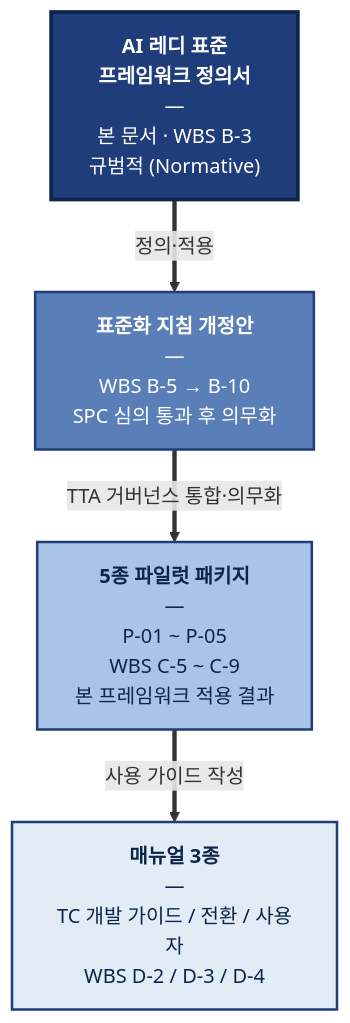
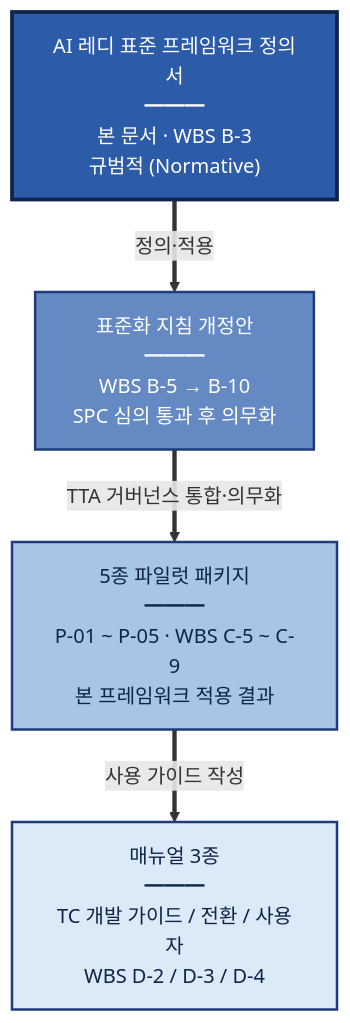
The diagram in docs/framework/index.md (ai-ready-standards/tta-ai-ready), drawn with Mermaid before and after one commit.

Commit message:
fix(framework): 1.3 다이어그램 첫 박스 글씨 가독성 수정
[증상] 진남색 박스(#1F3D7A) 안의 텍스트가 거의 안 보임.

[원인]
- Mermaid 노드 안의 <b> 태그가 classDef의 color 속성을 덮어씀
- 진남색이 너무 어두워 default 텍스트 색상 대비 부족

[수정]
- <b> 태그 제거 (각 노드의 첫 줄이 자연스럽게 제목 역할)
- classDef → style 직접 선언 (명시도 우선)
- 진남색 #1F3D7A → #2C5BA8 (조금 더 밝게, 흰 글씨와 충분한 대비)
- 두 번째 박스 #5A7FB8 → #6589C2 (단계적 점진 유지)
- 가독성을 위해 구분선 — → ━━━ 변경

````diff
--- a/docs/framework/index.md
+++ b/docs/framework/index.md
@@ -43,21 +43,16 @@
 ```mermaid
 flowchart TB
-    A["<b>AI 레디 표준<br/>프레임워크 정의서</b><br/>—<br/>본 문서 · WBS B-3<br/>규범적 (Normative)"]
-    B["<b>표준화 지침 개정안</b><br/>—<br/>WBS B-5 → B-10<br/>SPC 심의 통과 후 의무화"]
-    C["<b>5종 파일럿 패키지</b><br/>—<br/>P-01 ~ P-05<br/>WBS C-5 ~ C-9<br/>본 프레임워크 적용 결과"]
-    D["<b>매뉴얼 3종</b><br/>—<br/>TC 개발 가이드 / 전환 / 사용자<br/>WBS D-2 / D-3 / D-4"]
+    A["AI 레디 표준 프레임워크 정의서<br/>━━━<br/>본 문서 · WBS B-3<br/>규범적 (Normative)"]
+    B["표준화 지침 개정안<br/>━━━<br/>WBS B-5 → B-10<br/>SPC 심의 통과 후 의무화"]
+    C["5종 파일럿 패키지<br/>━━━<br/>P-01 ~ P-05 · WBS C-5 ~ C-9<br/>본 프레임워크 적용 결과"]
+    D["매뉴얼 3종<br/>━━━<br/>TC 개발 가이드 / 전환 / 사용자<br/>WBS D-2 / D-3 / D-4"]
 
     A == "정의·적용" ==> B
     B == "TTA 거버넌스 통합·의무화" ==> C
     C == "사용 가이드 작성" ==> D
 
-    classDef norm fill:#1F3D7A,color:#fff,stroke:#0D2548,stroke-width:3px
-    classDef inst fill:#5A7FB8,color:#fff,stroke:#1F3D7A,stroke-width:2px
-    classDef tech fill:#A8C5E8,color:#0D2548,stroke:#1F3D7A,stroke-width:2px
-    classDef diff fill:#E1ECF7,color:#0D2548,stroke:#1F3D7A,stroke-width:2px
-
-    class A norm
-    class B inst
-    class C tech
-    class D diff
+    style A fill:#2C5BA8,color:#ffffff,stroke:#0D2548,stroke-width:3px
+    style B fill:#6589C2,color:#ffffff,stroke:#1F3D7A,stroke-width:2px
+    style C fill:#A8C5E8,color:#0D2548,stroke:#1F3D7A,stroke-width:2px
+    style D fill:#DCE9F7,color:#0D2548,stroke:#1F3D7A,stroke-width:2px
 ```
````
